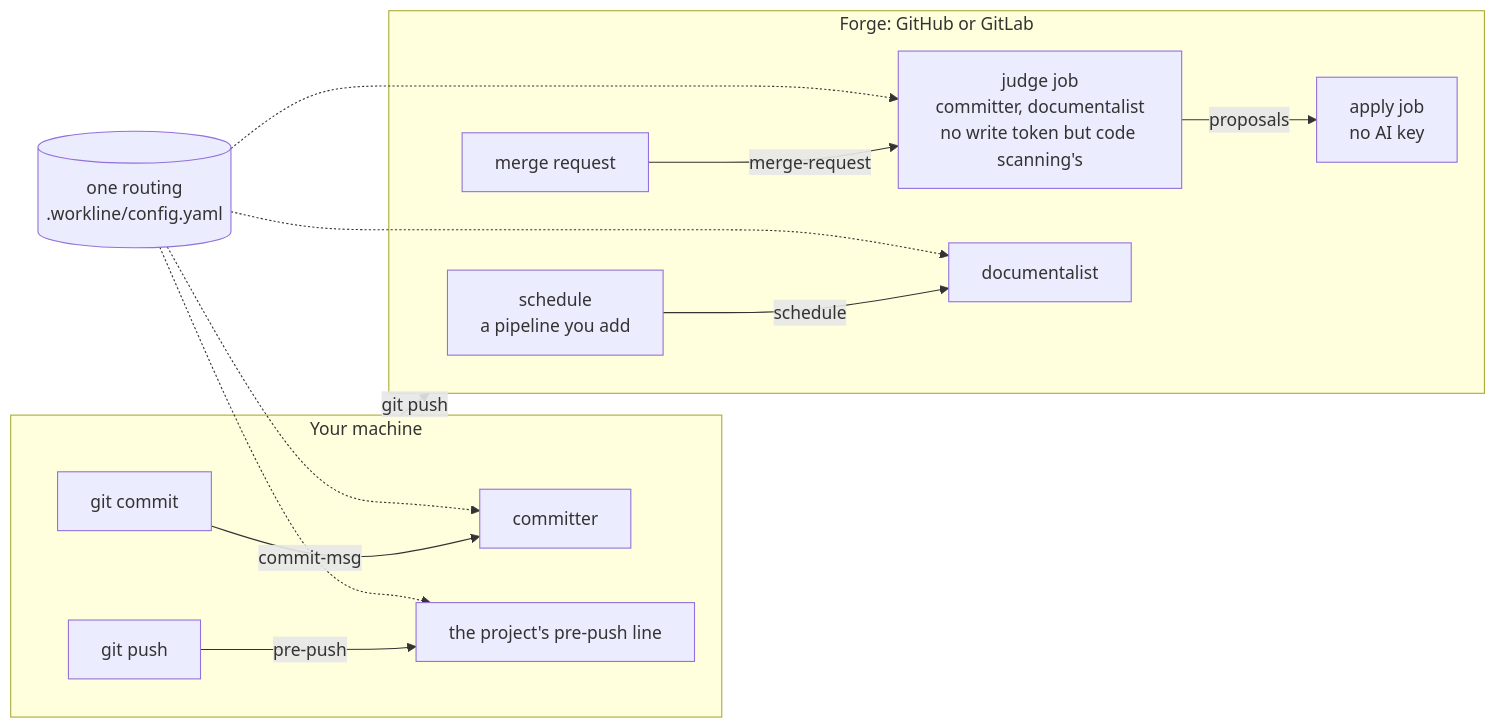
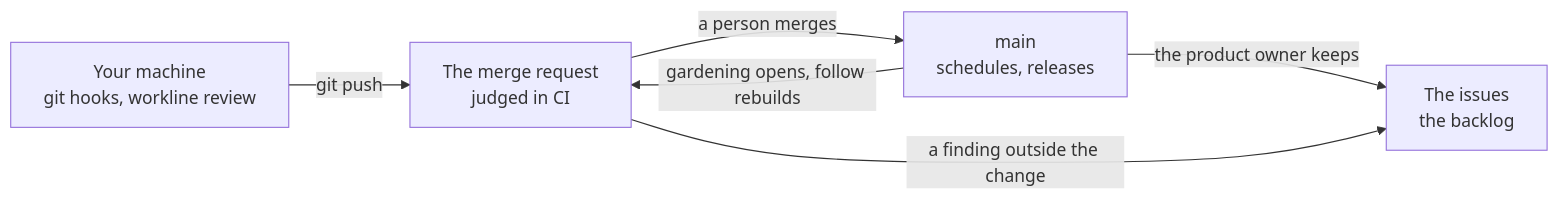
One commit to JN0V/workline changed the diagram in README.md. Above: the diagram before and after it, drawn with Mermaid. The commit also changed other lines of this file and 3 other files, not shown here.

````diff
--- a/README.md
+++ b/README.md
@@ -138,18 +79,12 @@
 ```mermaid
 flowchart LR
-  routing[("one routing<br/>.workline/config.yaml")]
-  subgraph machine["Your machine"]
-    commit["git commit"] -- commit-msg --> committer1["committer"]
-    push["git push"] -- pre-push --> local["the project's pre-push line"]
-  end
-  subgraph forge["Forge: GitHub or GitLab"]
-    mr["merge request"] -- merge-request --> judge["judge job<br/>committer, documentalist<br/>no write token but code scanning's"]
-    judge -- proposals --> apply["apply job<br/>no AI key"]
-    schedule["schedule<br/>a pipeline you add"] -- schedule --> documentalist["documentalist"]
-  end
-  machine -- git push --> forge
-  routing -.-> committer1
-  routing -.-> local
-  routing -.-> judge
-  routing -.-> documentalist
+  machine["Your machine<br/>git hooks, workline review"]
+  mr["The merge request<br/>judged in CI"]
+  main["main<br/>schedules, releases"]
+  issues["The issues<br/>the backlog"]
+  machine -- git push --> mr
+  mr -- a person merges --> main
+  main -- gardening opens, follow rebuilds --> mr
+  main -- the product owner keeps --> issues
+  mr -- a finding outside the change --> issues
 ```
````
